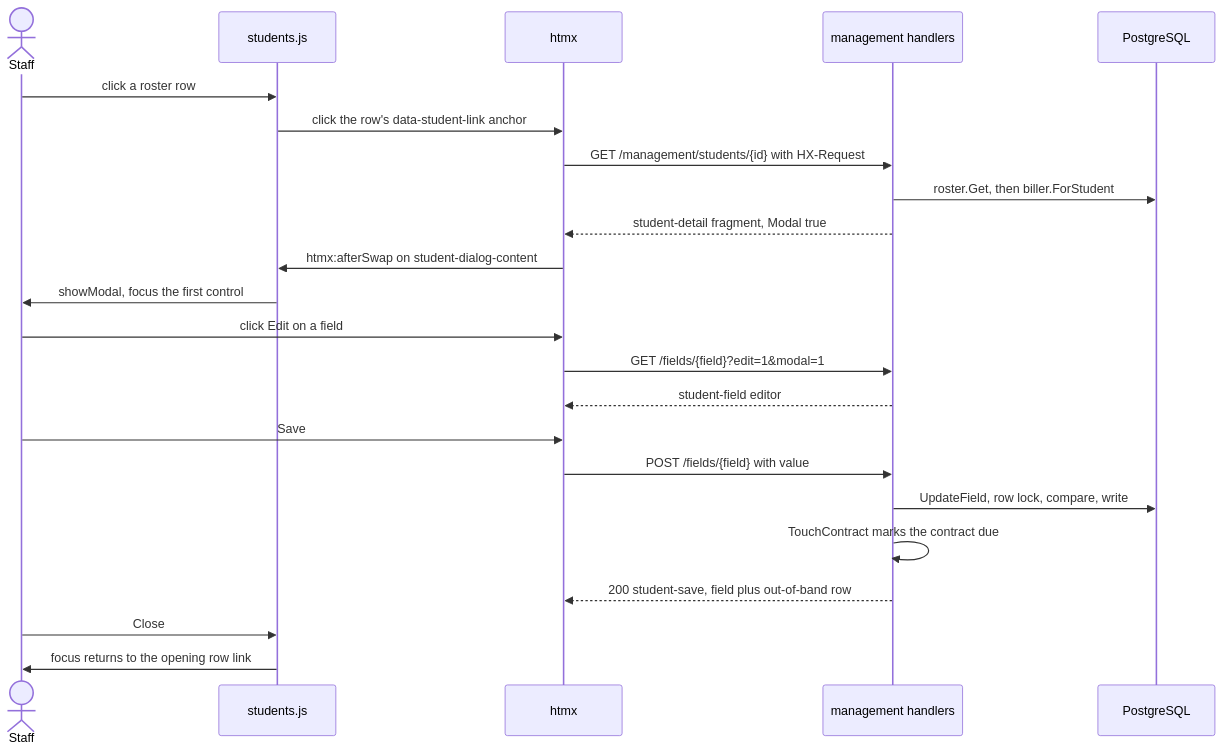
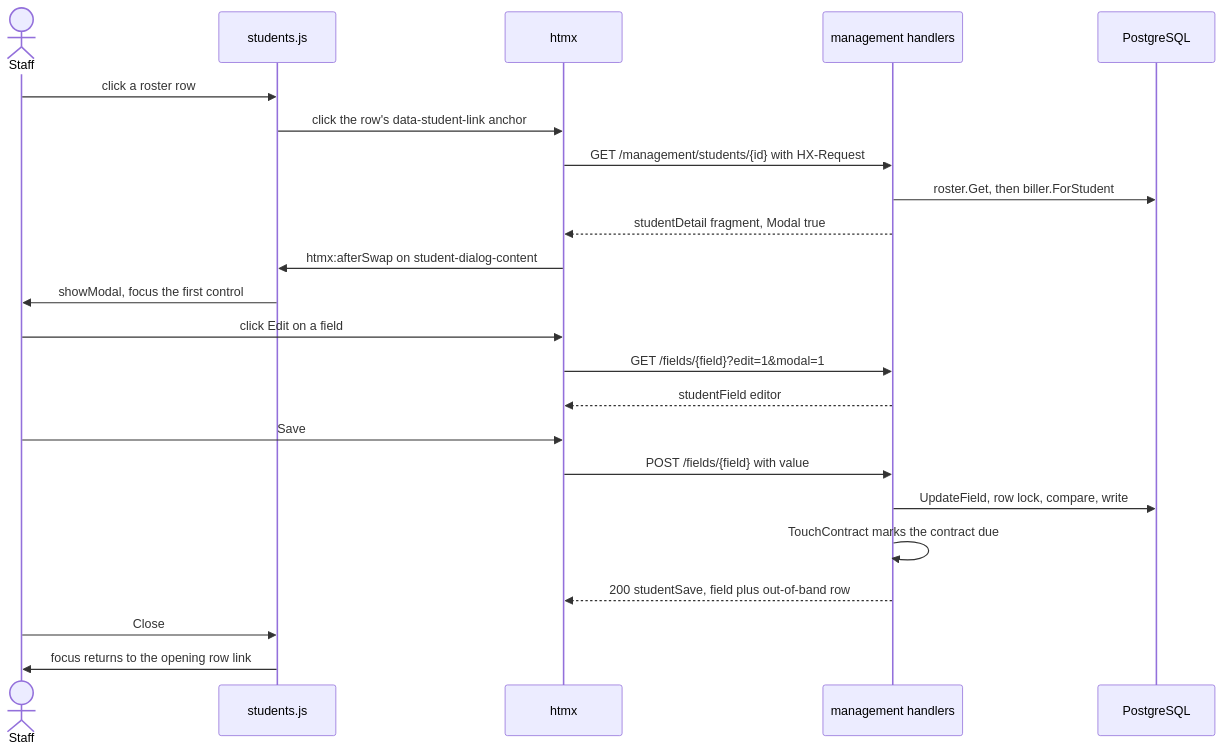
Before and after one commit to devGabriel131/ProjectHermes: the second of 3 diagrams in docs/management/students.md, drawn with Mermaid. The commit also changed other lines of this file and 14 other files, not shown here.

````diff
--- a/docs/management/students.md
+++ b/docs/management/students.md
@@ -48,25 +48,25 @@
 ```mermaid
 sequenceDiagram
     actor Staff
     participant JS as students.js
     participant H as htmx
     participant A as management handlers
     participant DB as PostgreSQL
     Staff->>JS: click a roster row
     JS->>H: click the row's data-student-link anchor
     H->>A: GET /management/students/{id} with HX-Request
     A->>DB: roster.Get, then biller.ForStudent
-    A-->>H: student-detail fragment, Modal true
+    A-->>H: studentDetail fragment, Modal true
     H->>JS: htmx:afterSwap on student-dialog-content
     JS->>Staff: showModal, focus the first control
     Staff->>H: click Edit on a field
     H->>A: GET /fields/{field}?edit=1&modal=1
-    A-->>H: student-field editor
+    A-->>H: studentField editor
     Staff->>H: Save
     H->>A: POST /fields/{field} with value
     A->>DB: UpdateField, row lock, compare, write
     A->>A: TouchContract marks the contract due
-    A-->>H: 200 student-save, field plus out-of-band row
+    A-->>H: 200 studentSave, field plus out-of-band row
     Staff->>JS: Close
     JS->>Staff: focus returns to the opening row link
 ```
````
